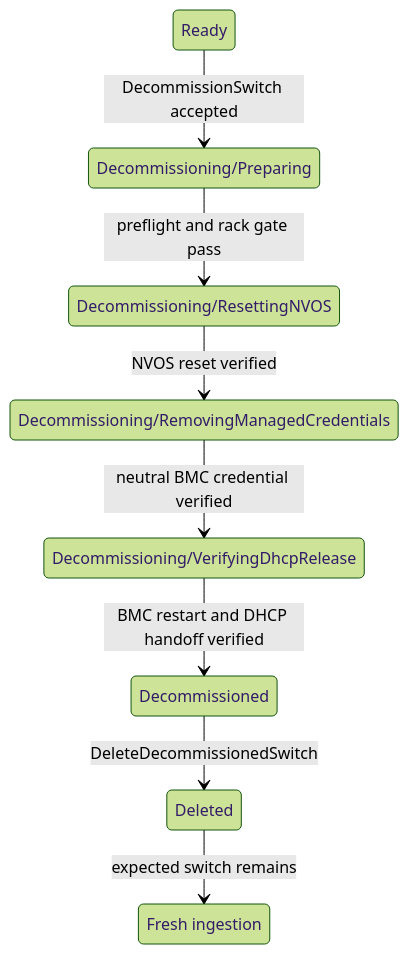
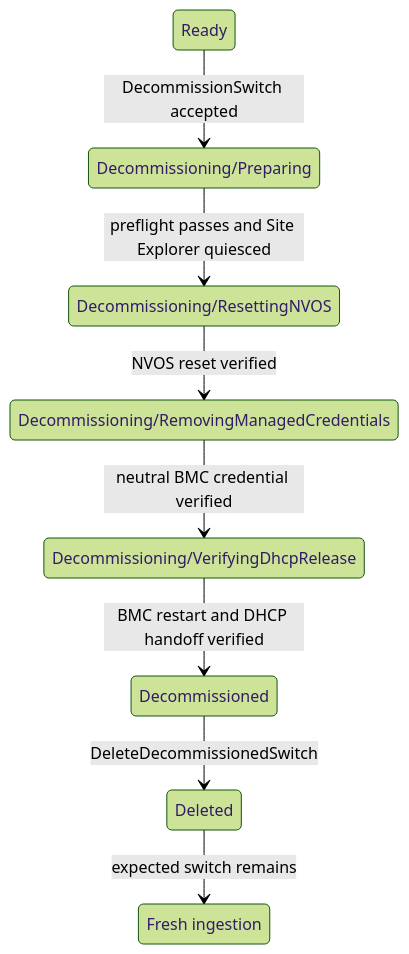
Before and after one commit to NVIDIA/bare-metal-manager-core: the diagram in docs/design/decommissioning/managed-switch-decommissioning.md, drawn with Mermaid (forest theme). The commit also changed other lines of this file and 3 other files, not shown here.

Commit message:
add site_explorer_suppressed_at similar to dhcp_discover_suppressed_at

````diff
--- a/docs/design/decommissioning/managed-switch-decommissioning.md
+++ b/docs/design/decommissioning/managed-switch-decommissioning.md
@@ -71,19 +71,19 @@
 ```mermaid
 stateDiagram-v2
     state "Ready" as Ready
     state "Decommissioning/Preparing" as Preparing
     state "Decommissioning/ResettingNVOS" as ResettingNVOS
     state "Decommissioning/RemovingManagedCredentials" as RemovingCredentials
     state "Decommissioning/VerifyingDhcpRelease" as VerifyingDhcpRelease
     state "Decommissioned" as Decommissioned
     state "Deleted" as Deleted
     state "Fresh ingestion" as FreshIngestion
 
     Ready --> Preparing : DecommissionSwitch accepted
-    Preparing --> ResettingNVOS : preflight and rack gate pass
+    Preparing --> ResettingNVOS : preflight passes and Site Explorer quiesced
     ResettingNVOS --> RemovingCredentials : NVOS reset verified
     RemovingCredentials --> VerifyingDhcpRelease : neutral BMC credential verified
     VerifyingDhcpRelease --> Decommissioned : BMC restart and DHCP handoff verified
     Decommissioned --> Deleted : DeleteDecommissionedSwitch
     Deleted --> FreshIngestion : expected switch remains
 ```
````
